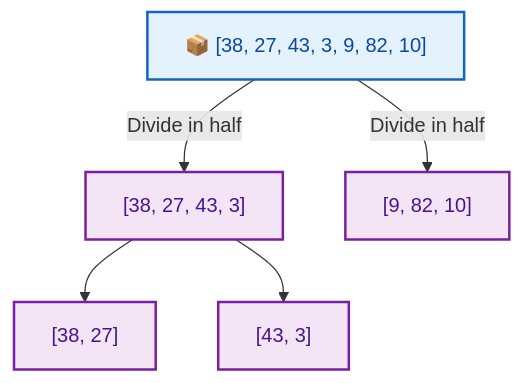
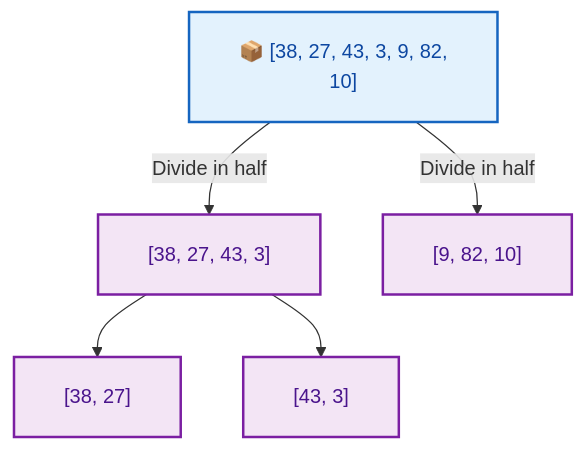
Before and after one commit to dip4k/DSA_102: the first of 7 diagrams in week_03_foundations_iii_sorting_and_hashing/Week_03_Visual_Concepts_Playbook_HYBRID.md, drawn with Mermaid. The commit also changed other lines of this file and 108 other files, not shown here.

First line of the commit message:
fix(mermaid): resolve diagram clipping, padding, and syntax issues across repo

````diff
--- a/week_03_foundations_iii_sorting_and_hashing/Week_03_Visual_Concepts_Playbook_HYBRID.md
+++ b/week_03_foundations_iii_sorting_and_hashing/Week_03_Visual_Concepts_Playbook_HYBRID.md
@@ -216,13 +216,14 @@
 ```mermaid
+%%{init: {"flowchart": {"htmlLabels": true, "padding": 20}}}%%
 flowchart TD
     classDef orig fill:#e3f2fd,stroke:#1565c0,stroke-width:2px,color:#0d47a1
     classDef half fill:#f3e5f5,stroke:#7b1fa2,stroke-width:2px,color:#4a148c
 
-    All["📦 [38, 27, 43, 3, 9, 82, 10]"]:::orig
+    All["📦 [38, 27, 43, 3, 9, 82,<br/>10]"]:::orig
     L1["[38, 27, 43, 3]"]:::half
     R1["[9, 82, 10]"]:::half
     All -->|"Divide in half"| L1 & R1
     L2["[38, 27]"]:::half
     L3["[43, 3]"]:::half
     L1 --> L2 & L3
 ```
````
